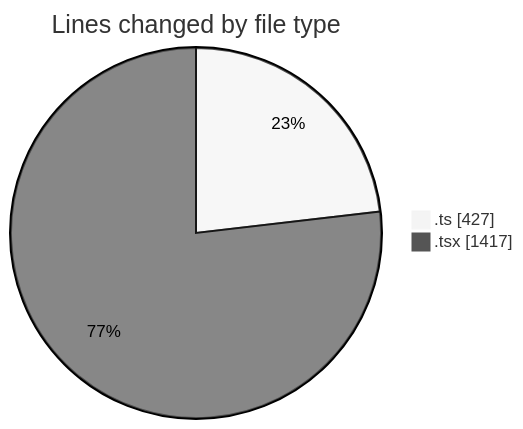
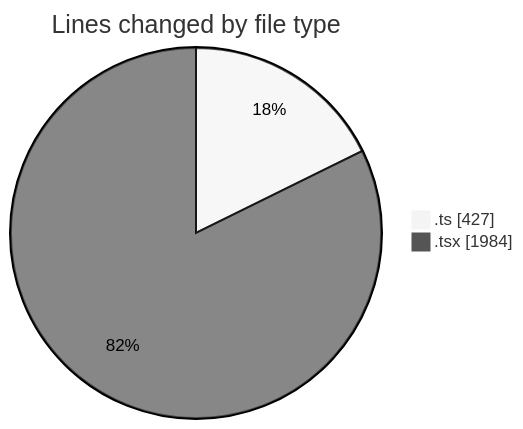
The first of 2 diagrams in 2026-03-11/nxtqube_webapp/README.md (nxtqubesakshisongat/code-tracking), drawn with Mermaid (neutral theme) before and after one commit. The commit also changed other lines of this file and 1 other file, not shown here.

````diff
--- a/2026-03-11/nxtqube_webapp/README.md
+++ b/2026-03-11/nxtqube_webapp/README.md
@@ -22,6 +23,6 @@
 ```mermaid
 pie showData
 title Lines changed by file type
 ".ts" : 427
-".tsx" : 1417
+".tsx" : 1984
 ```
````
